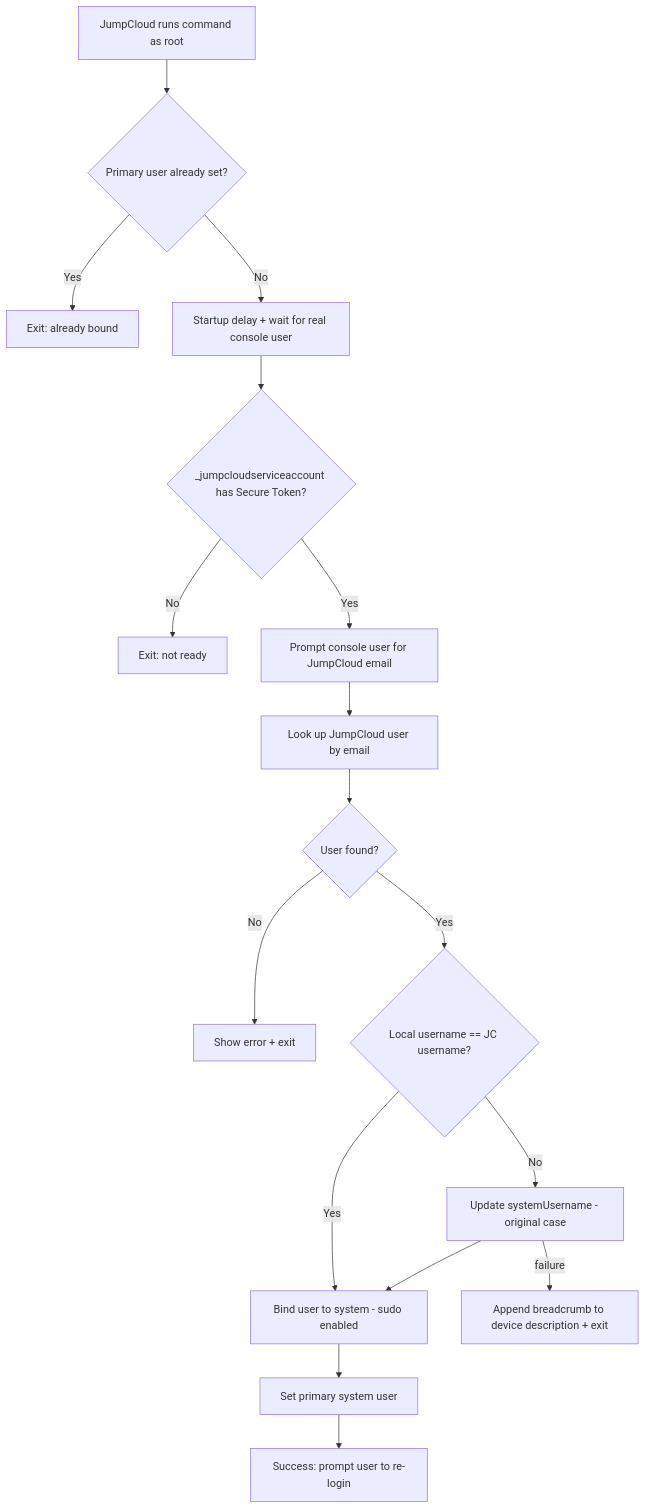
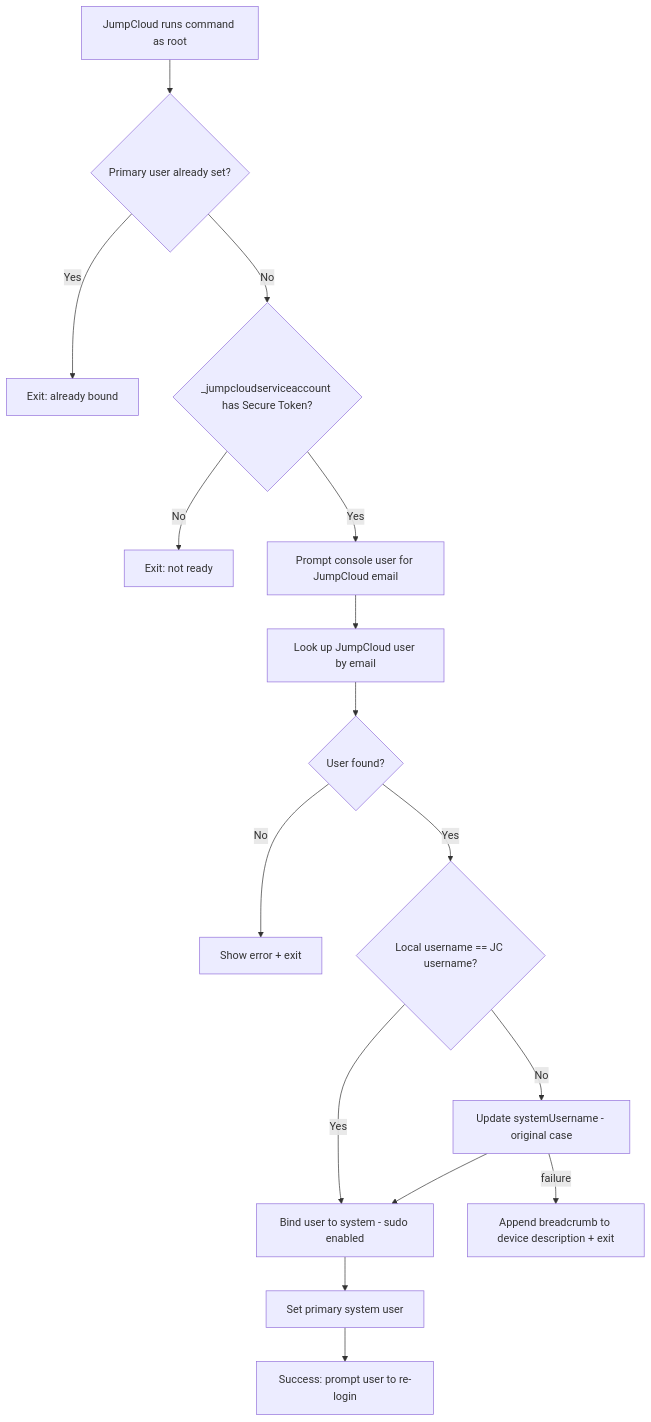
The diagram in README.md (rahultestingjc/automatic-account-takeover-macos), drawn with Mermaid before and after one commit. The commit also changed other lines of this file, not shown here.

Commit message:
Trim Highlights and Workflow: drop console-user wait, resilient API, deps bullets

````diff
--- a/README.md
+++ b/README.md
@@ -84,19 +79,18 @@
 ```mermaid
 flowchart TD
     A[JumpCloud runs command as root] --> B{Primary user already set?}
     B -- Yes --> Z[Exit: already bound]
-    B -- No --> C[Startup delay + wait for real console user]
-    C --> D{_jumpcloudserviceaccount has Secure Token?}
+    B -- No --> D{_jumpcloudserviceaccount has Secure Token?}
     D -- No --> Y[Exit: not ready]
     D -- Yes --> E[Prompt console user for JumpCloud email]
     E --> F[Look up JumpCloud user by email]
     F --> G{User found?}
     G -- No --> X[Show error + exit]
     G -- Yes --> H{Local username == JC username?}
     H -- No --> I[Update systemUsername - original case]
     H -- Yes --> J[Bind user to system - sudo enabled]
     I --> J
     J --> K[Set primary system user]
     K --> M[Success: prompt user to re-login]
     I -- failure --> X2[Append breadcrumb to device description + exit]
 ```
````
